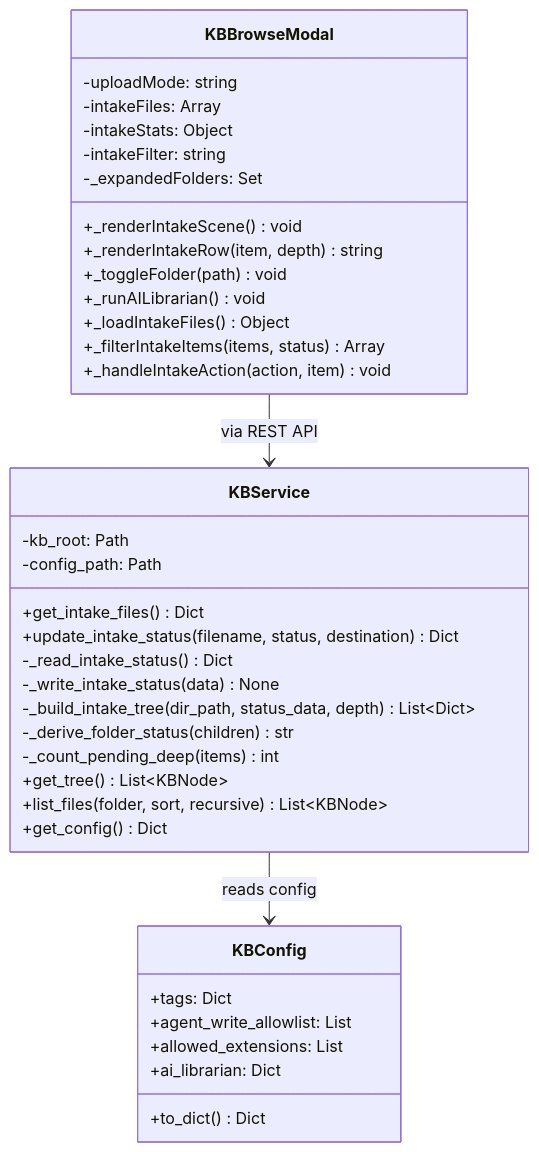
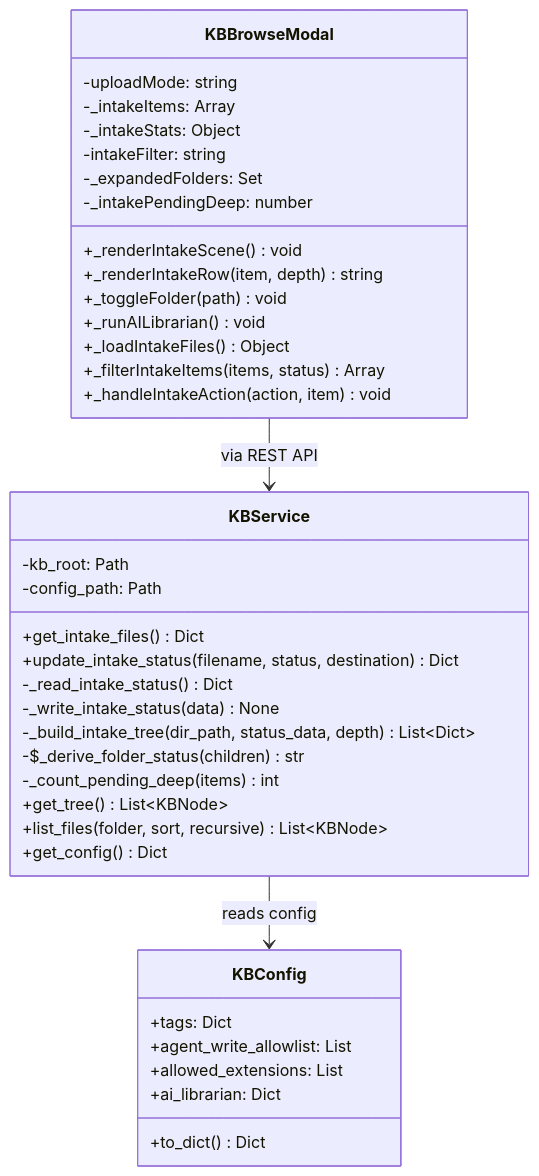
One commit to Young-Z/X-IPE changed the third of 7 diagrams in x-ipe-docs/requirements/EPIC-049/FEATURE-049-F/technical-design.md. Above: the diagram before and after it, drawn with Mermaid. The commit also changed other lines of this file and 1 other file, not shown here.

````diff
--- a/x-ipe-docs/requirements/EPIC-049/FEATURE-049-F/technical-design.md
+++ b/x-ipe-docs/requirements/EPIC-049/FEATURE-049-F/technical-design.md
@@ -143,43 +143,44 @@
 ```mermaid
 classDiagram
     class KBService {
         -kb_root: Path
         -config_path: Path
         +get_intake_files() Dict
         +update_intake_status(filename, status, destination) Dict
         -_read_intake_status() Dict
         -_write_intake_status(data) None
         -_build_intake_tree(dir_path, status_data, depth) List~Dict~
-        -_derive_folder_status(children) str
+        -$_derive_folder_status(children) str
         -_count_pending_deep(items) int
         +get_tree() List~KBNode~
         +list_files(folder, sort, recursive) List~KBNode~
         +get_config() Dict
     }
 
     class KBConfig {
         +tags: Dict
         +agent_write_allowlist: List
         +allowed_extensions: List
         +ai_librarian: Dict
         +to_dict() Dict
     }
 
     class KBBrowseModal {
         -uploadMode: string
-        -intakeFiles: Array
-        -intakeStats: Object
+        -_intakeItems: Array
+        -_intakeStats: Object
         -intakeFilter: string
         -_expandedFolders: Set
+        -_intakePendingDeep: number
         +_renderIntakeScene() void
         +_renderIntakeRow(item, depth) string
         +_toggleFolder(path) void
         +_runAILibrarian() void
         +_loadIntakeFiles() Object
         +_filterIntakeItems(items, status) Array
         +_handleIntakeAction(action, item) void
     }
 
     KBService --> KBConfig: reads config
     KBBrowseModal --> KBService: via REST API
 ```
````
